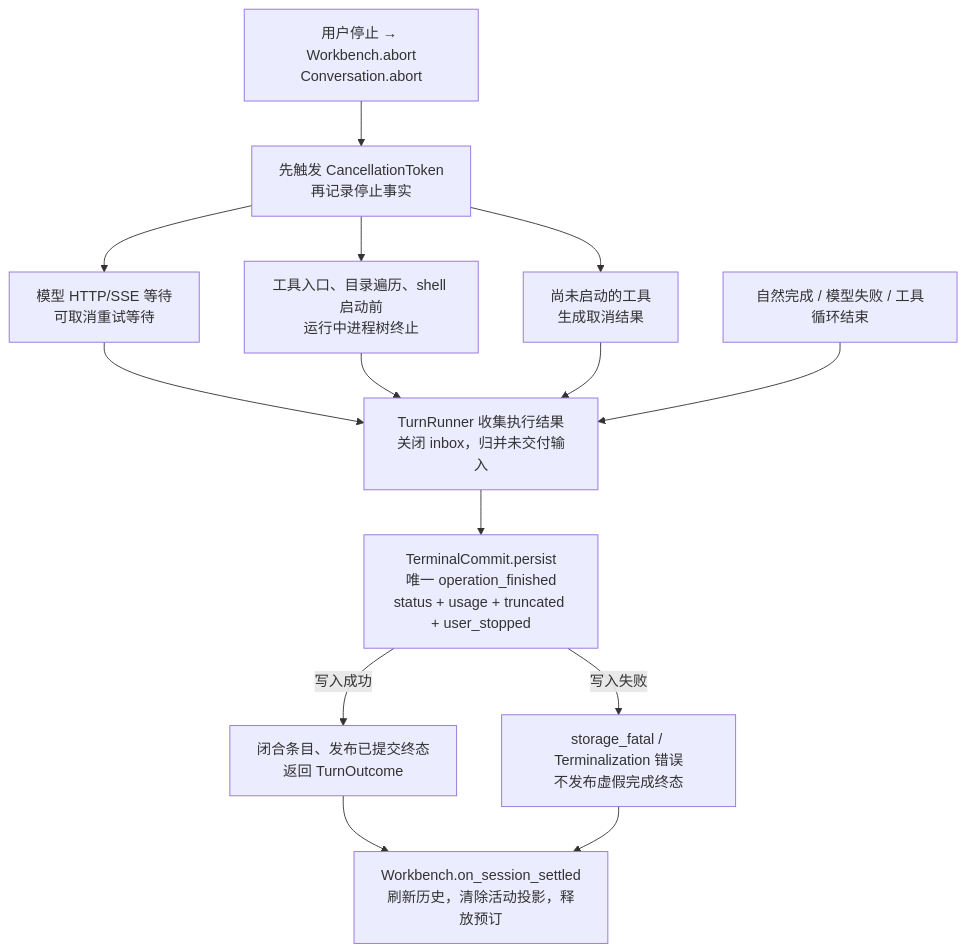
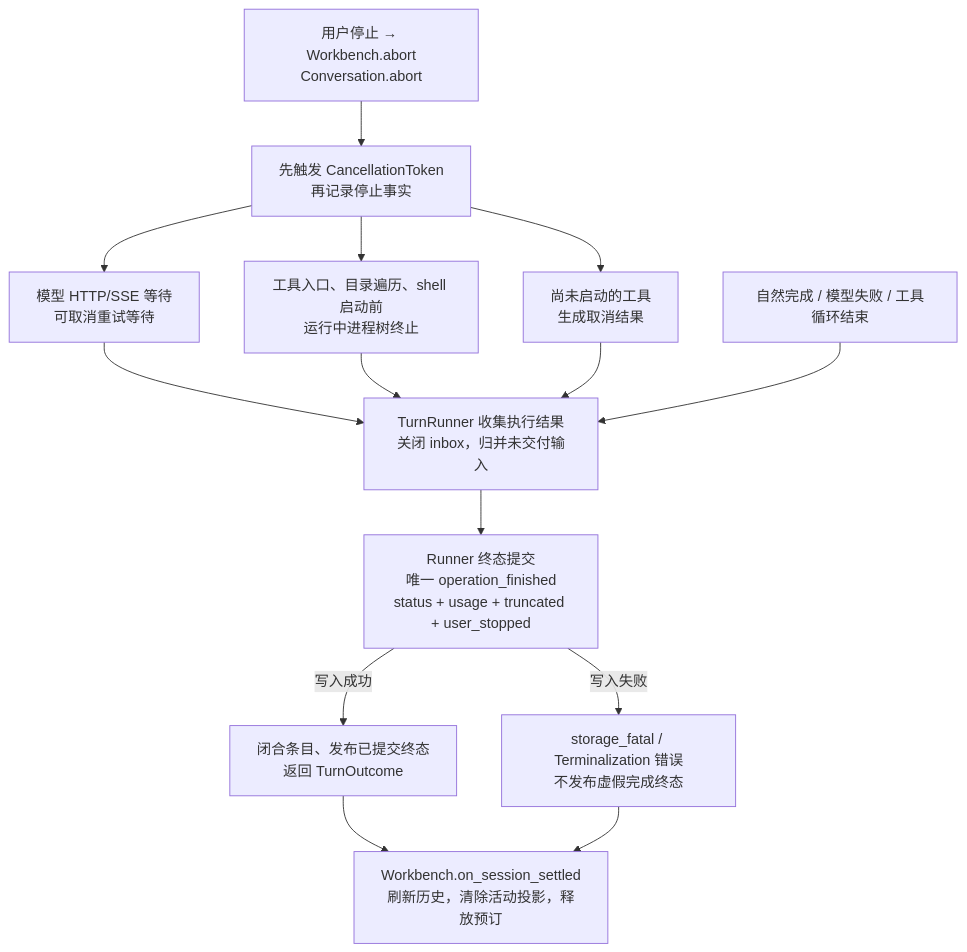
Before and after one commit to qjcnmd/singularity-agent: diagram 17 of 29 in docs/singularity.md, drawn with Mermaid. The commit also changed other lines of this file and 28 other files, not shown here.

````diff
--- a/docs/singularity.md
+++ b/docs/singularity.md
@@ -453,16 +453,16 @@
 ```mermaid
 flowchart TB
     Stop["用户停止 → Workbench.abort<br/>Conversation.abort"] --> Signal["先触发 CancellationToken<br/>再记录停止事实"]
     Signal --> Model["模型 HTTP/SSE 等待<br/>可取消重试等待"]
     Signal --> Tools["工具入口、目录遍历、shell 启动前<br/>运行中进程树终止"]
     Signal --> Unstarted["尚未启动的工具<br/>生成取消结果"]
     Model --> Finish["TurnRunner 收集执行结果<br/>关闭 inbox，归并未交付输入"]
     Tools --> Finish
     Unstarted --> Finish
     Normal["自然完成 / 模型失败 / 工具循环结束"] --> Finish
-    Finish --> Commit["TerminalCommit.persist<br/>唯一 operation_finished<br/>status + usage + truncated + user_stopped"]
+    Finish --> Commit["Runner 终态提交<br/>唯一 operation_finished<br/>status + usage + truncated + user_stopped"]
     Commit -->|"写入成功"| Publish["闭合条目、发布已提交终态<br/>返回 TurnOutcome"]
     Commit -->|"写入失败"| Fatal["storage_fatal / Terminalization 错误<br/>不发布虚假完成终态"]
     Publish --> Settled["Workbench.on_session_settled<br/>刷新历史，清除活动投影，释放预订"]
     Fatal --> Settled
 ```
````
